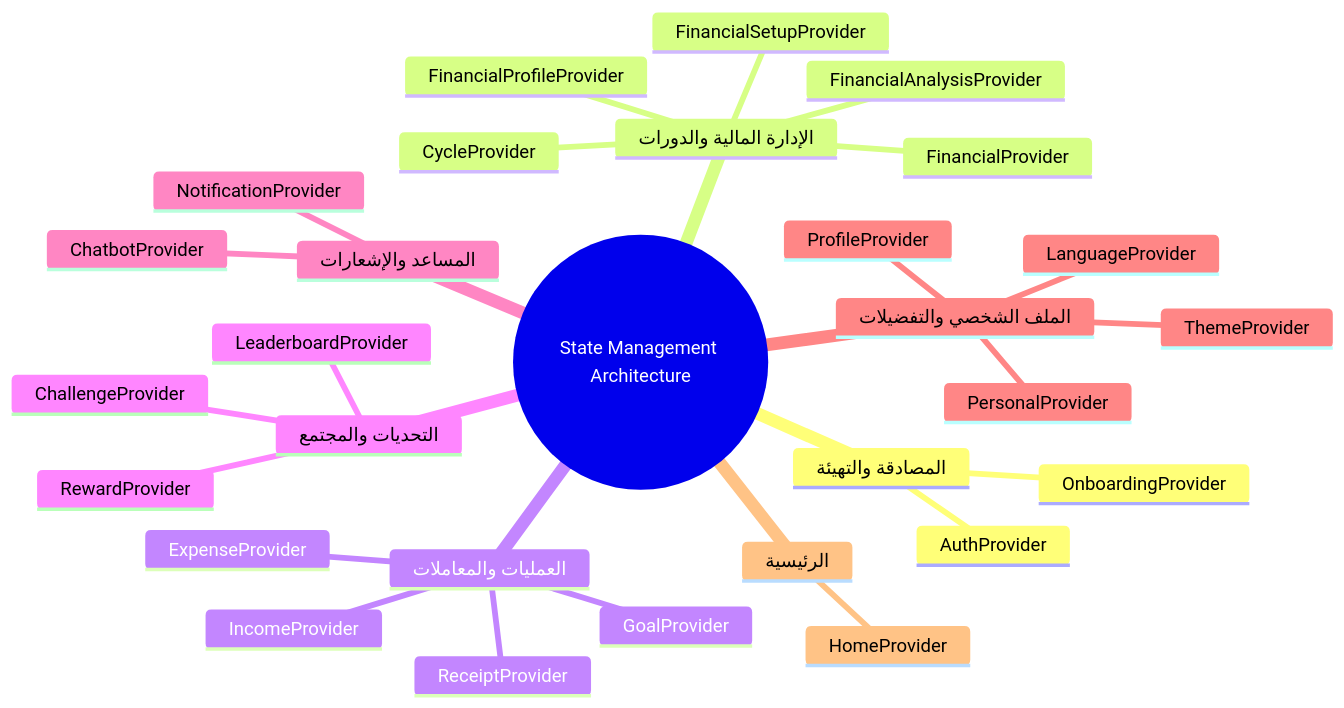
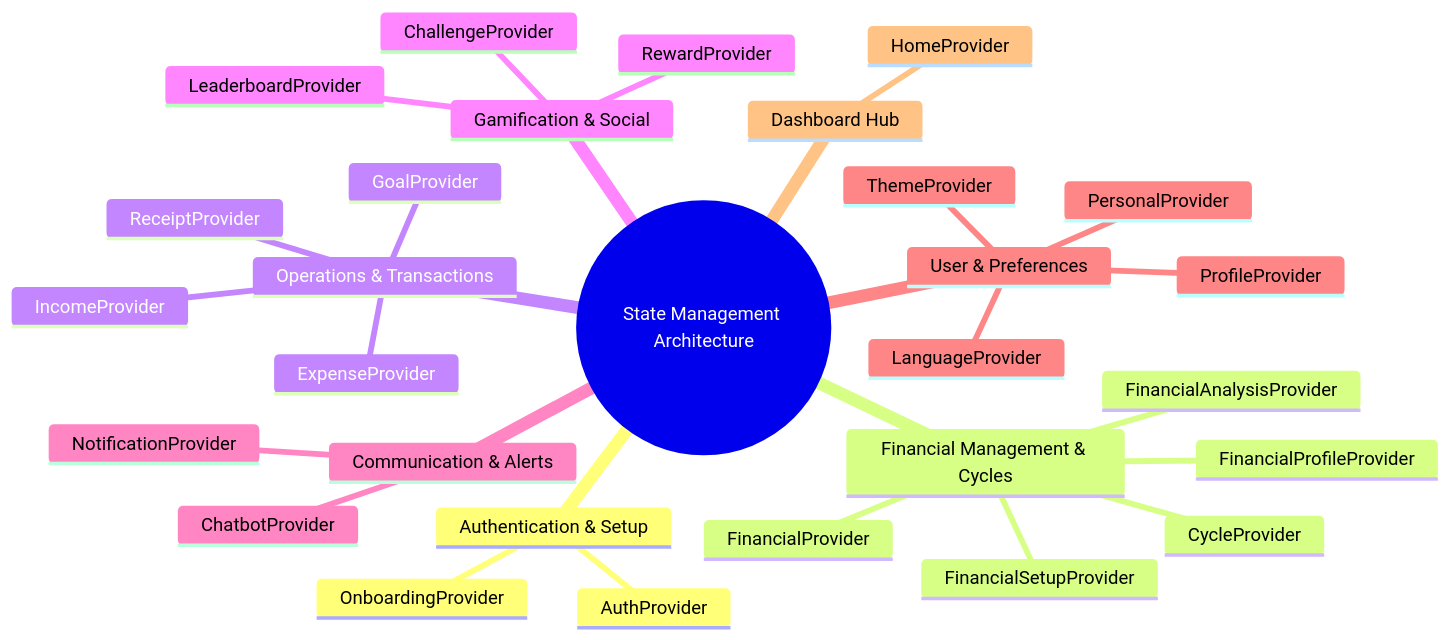
Before and after one commit to mohammadbzoor/AlphaAPP: the eighth of 8 diagrams in README.md, drawn with Mermaid. The commit also changed other lines of this file, not shown here.

````diff
--- a/README.md
+++ b/README.md
@@ -278,32 +290,32 @@
 ```mermaid
 mindmap
   root((State Management Architecture))
-    المصادقة والتهيئة
+    Authentication & Setup
       AuthProvider
       OnboardingProvider
-    الإدارة المالية والدورات
+    Financial Management & Cycles
       CycleProvider
       FinancialProvider
       FinancialSetupProvider
       FinancialProfileProvider
       FinancialAnalysisProvider
-    العمليات والمعاملات
+    Operations & Transactions
       ExpenseProvider
       IncomeProvider
       GoalProvider
       ReceiptProvider
-    التحديات والمجتمع
+    Gamification & Social
       ChallengeProvider
       LeaderboardProvider
       RewardProvider
-    المساعد والإشعارات
+    Communication & Alerts
       ChatbotProvider
       NotificationProvider
-    الملف الشخصي والتفضيلات
+    User & Preferences
       ProfileProvider
       PersonalProvider
       ThemeProvider
       LanguageProvider
-    الرئيسية
+    Dashboard Hub
       HomeProvider
 ```
````
